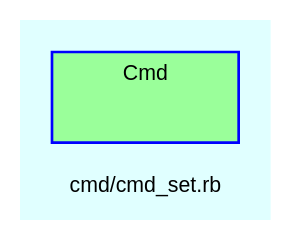
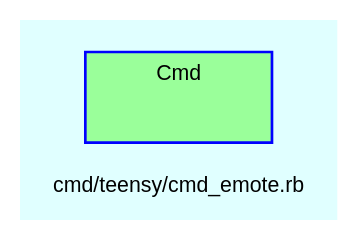
Before and after one commit to Tyche/teensymud: the diagram in doc/dot/f_54.dot, drawn with Graphviz. The commit also changed 297 other files, not shown here.

```diff
--- a/doc/dot/f_54.dot
+++ b/doc/dot/f_54.dot
@@ -1,29 +1,29 @@
 digraph TopLevel {
     compound = true
     bgcolor = lightcyan1
     fontname = Arial
     fontsize = 8
-    label = "cmd/cmd_set.rb"
+    label = "cmd/teensy/cmd_emote.rb"
     node [
         fontname = Arial,
         fontsize = 8,
         color = black
     ]
 
     subgraph cluster_Cmd {
         fillcolor = palegreen1
         URL = "classes/Cmd.html"
         fontname = Arial
         color = blue
         label = "Cmd"
         style = filled
         Cmd [
             shape = plaintext,
             height = 0.01,
             width = 0.75,
             label = ""
         ]
 
     }
 
 }
```
